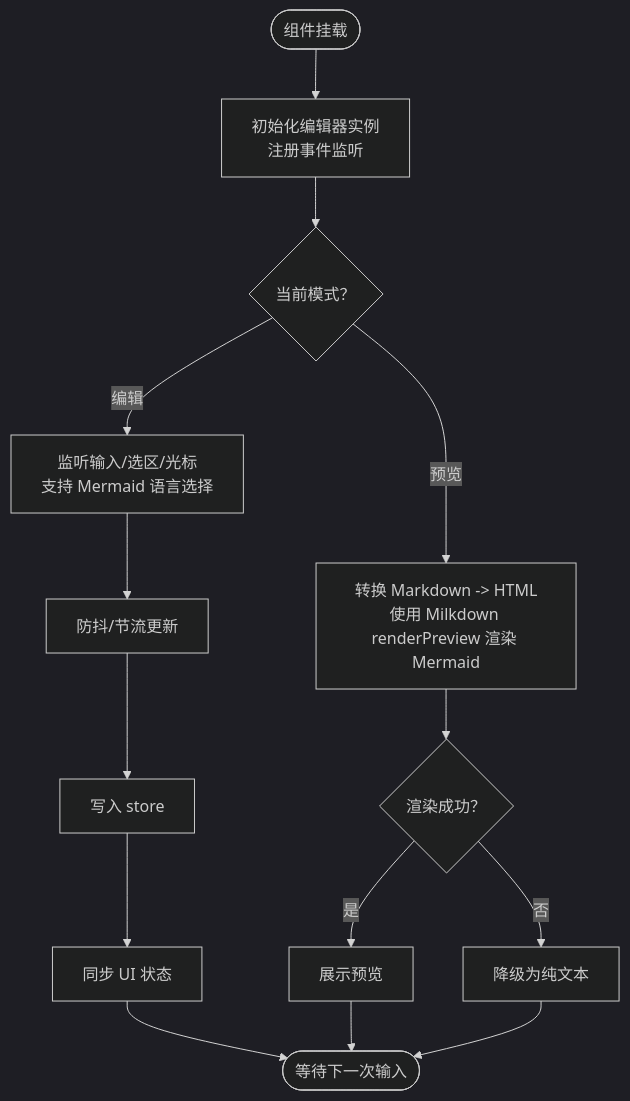
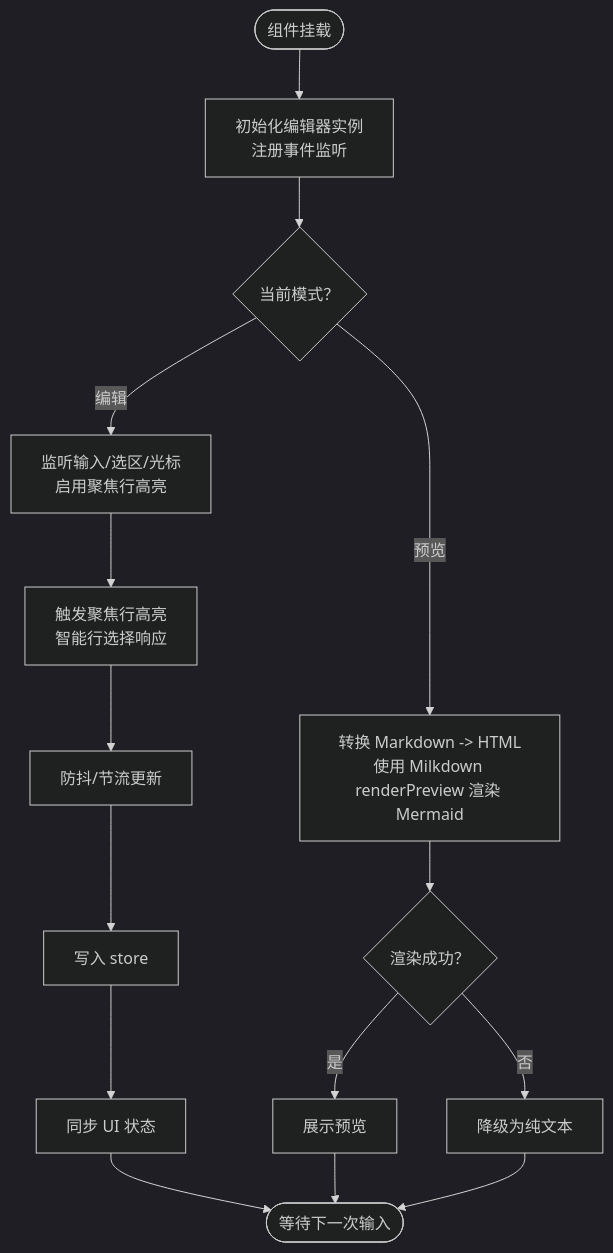
The third of 7 diagrams in .qoder/repowiki/zh/content/核心组件/编辑器组件.md (gongshiyun/ZenNote), drawn with Mermaid (dark theme) before and after one commit. The commit also changed other lines of this file and 34 other files, not shown here.

````diff
--- a/.qoder/repowiki/zh/content/核心组件/编辑器组件.md
+++ b/.qoder/repowiki/zh/content/核心组件/编辑器组件.md
@@ -166,16 +175,17 @@
 ```mermaid
 flowchart TD
 Start(["组件挂载"]) --> Init["初始化编辑器实例<br/>注册事件监听"]
 Init --> Mode{"当前模式？"}
-Mode --> |编辑| EditFlow["监听输入/选区/光标<br/>支持 Mermaid 语言选择"]
+Mode --> |编辑| EditFlow["监听输入/选区/光标<br/>启用聚焦行高亮"]
 Mode --> |预览| PreviewFlow["转换 Markdown -> HTML<br/>使用 Milkdown renderPreview 渲染 Mermaid"]
-EditFlow --> Debounce["防抖/节流更新"]
+EditFlow --> FocusHighlight["触发聚焦行高亮<br/>智能行选择响应"]
+FocusHighlight --> Debounce["防抖/节流更新"]
 Debounce --> UpdateStore["写入 store"]
 PreviewFlow --> RenderOK{"渲染成功？"}
 RenderOK --> |是| ShowPreview["展示预览"]
 RenderOK --> |否| Fallback["降级为纯文本"]
 UpdateStore --> SyncUI["同步 UI 状态"]
 SyncUI --> End(["等待下一次输入"])
 ShowPreview --> End
 Fallback --> End
 ```
````
